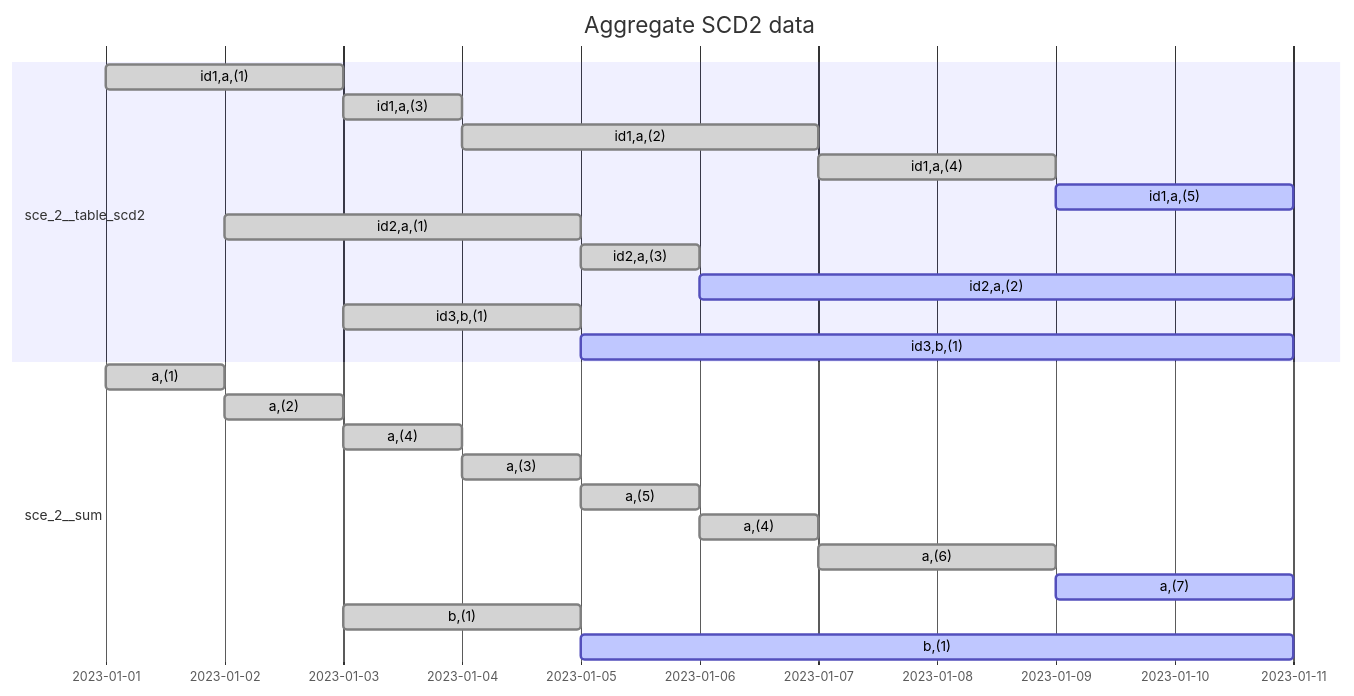
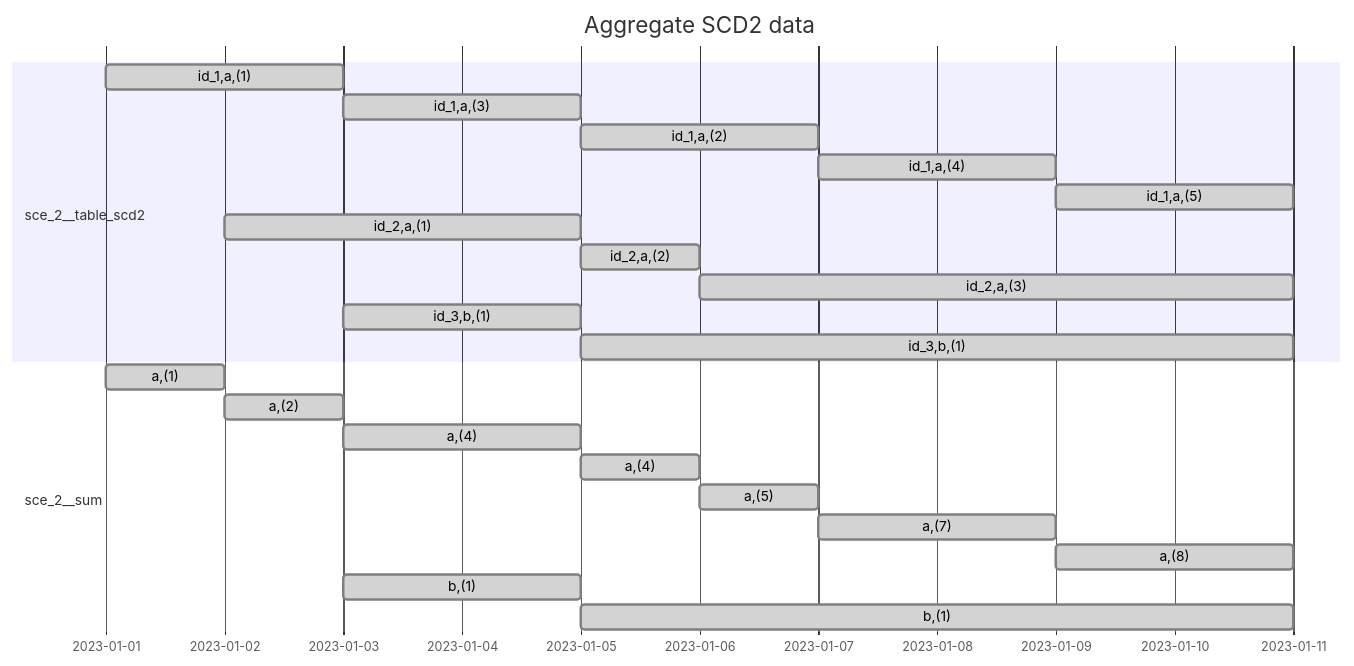
The diagram in docs/sce_2__aggregate_scd2.md (ryu1kn/sandbox--data-modelling), drawn with Mermaid before and after one commit. The commit also changed other lines of this file and 3 other files, not shown here.

````diff
--- a/docs/sce_2__aggregate_scd2.md
+++ b/docs/sce_2__aggregate_scd2.md
@@ -26,29 +31,29 @@
 ```mermaid
 gantt
     dateFormat  YYYY-MM-DD
     title       Aggregate SCD2 data
 
     section sce_2__table_scd2
-        id1,a,(1) : done, 2023-01-01, 2023-01-03
-        id1,a,(3) : done, 2023-01-03, 2023-01-04
-        id1,a,(2) : done, 2023-01-04, 2023-01-07
-        id1,a,(4) : done, 2023-01-07, 2023-01-09
-        id1,a,(5) : active, 2023-01-09, 2023-01-11
-        id2,a,(1) : done, 2023-01-02, 2023-01-05
-        id2,a,(3) : done, 2023-01-05, 2023-01-06
-        id2,a,(2) : active, 2023-01-06, 2023-01-11
-        id3,b,(1) : done, 2023-01-03, 2023-01-05
-        id3,b,(1) : active, 2023-01-05, 2023-01-11
+        id_1,a,(1) : done, 2023-01-01, 2023-01-03
+        id_1,a,(3) : done, 2023-01-03, 2023-01-05
+        id_1,a,(2) : done, 2023-01-05, 2023-01-07
+        id_1,a,(4) : done, 2023-01-07, 2023-01-09
+        id_1,a,(5) : done, 2023-01-09, 2023-01-11
+        id_2,a,(1) : done, 2023-01-02, 2023-01-05
+        id_2,a,(2) : done, 2023-01-05, 2023-01-06
+        id_2,a,(3) : done, 2023-01-06, 2023-01-11
+        id_3,b,(1) : done, 2023-01-03, 2023-01-05
+        id_3,b,(1) : done, 2023-01-05, 2023-01-11
 
     section sce_2__sum
         a,(1) : done, 2023-01-01, 2023-01-02
         a,(2) : done, 2023-01-02, 2023-01-03
-        a,(4) : done, 2023-01-03, 2023-01-04
-        a,(3) : done, 2023-01-04, 2023-01-05
-        a,(5) : done, 2023-01-05, 2023-01-06
-        a,(4) : done, 2023-01-06, 2023-01-07
-        a,(6) : done, 2023-01-07, 2023-01-09
-        a,(7) : active, 2023-01-09, 2023-01-11
+        a,(4) : done, 2023-01-03, 2023-01-05
+        a,(4) : done, 2023-01-05, 2023-01-06
+        a,(5) : done, 2023-01-06, 2023-01-07
+        a,(7) : done, 2023-01-07, 2023-01-09
+        a,(8) : done, 2023-01-09, 2023-01-11
         b,(1) : done, 2023-01-03, 2023-01-05
-        b,(1) : active, 2023-01-05, 2023-01-11
+        b,(1) : done, 2023-01-05, 2023-01-11
+
 ```
````
